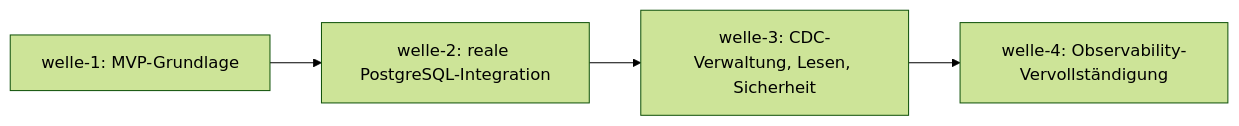
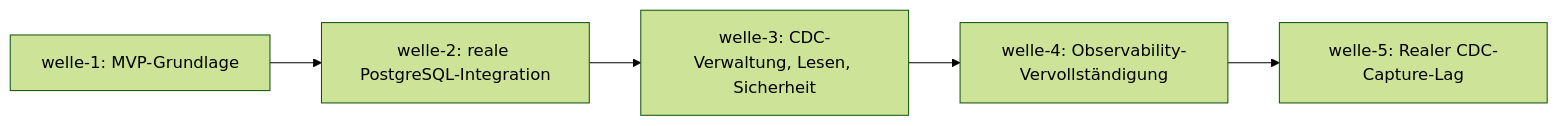
The diagram in docs/plan/planning/in-progress/roadmap.md (pt9912/pg-change-feed), drawn with Mermaid (forest theme) before and after one commit. The commit also changed other lines of this file and 4 other files, not shown here.

First line of the commit message:
docs(planning): welle-5 eröffnet — Realer CDC-Capture-Lag (LH-FA-ADM-004)

````diff
--- a/docs/plan/planning/in-progress/roadmap.md
+++ b/docs/plan/planning/in-progress/roadmap.md
@@ -82,9 +84,10 @@
 ```mermaid
 flowchart LR
     W1[welle-1: MVP-Grundlage]
     W2[welle-2: reale PostgreSQL-Integration]
     W3[welle-3: CDC-Verwaltung, Lesen, Sicherheit]
     W4[welle-4: Observability-Vervollständigung]
+    W5[welle-5: Realer CDC-Capture-Lag]
 
-    W1 --> W2 --> W3 --> W4
+    W1 --> W2 --> W3 --> W4 --> W5
 ```
````
